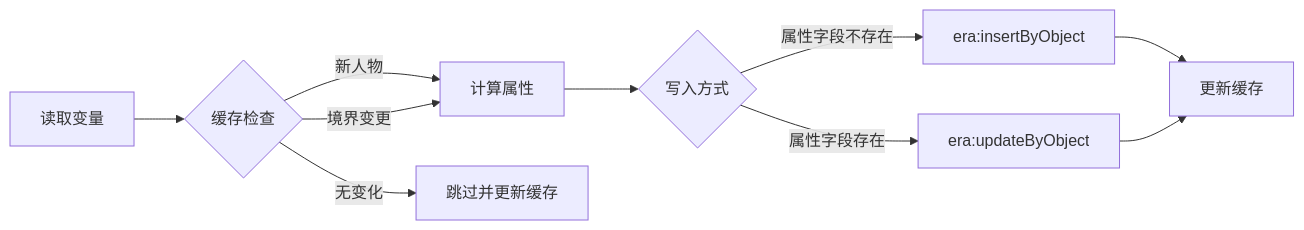
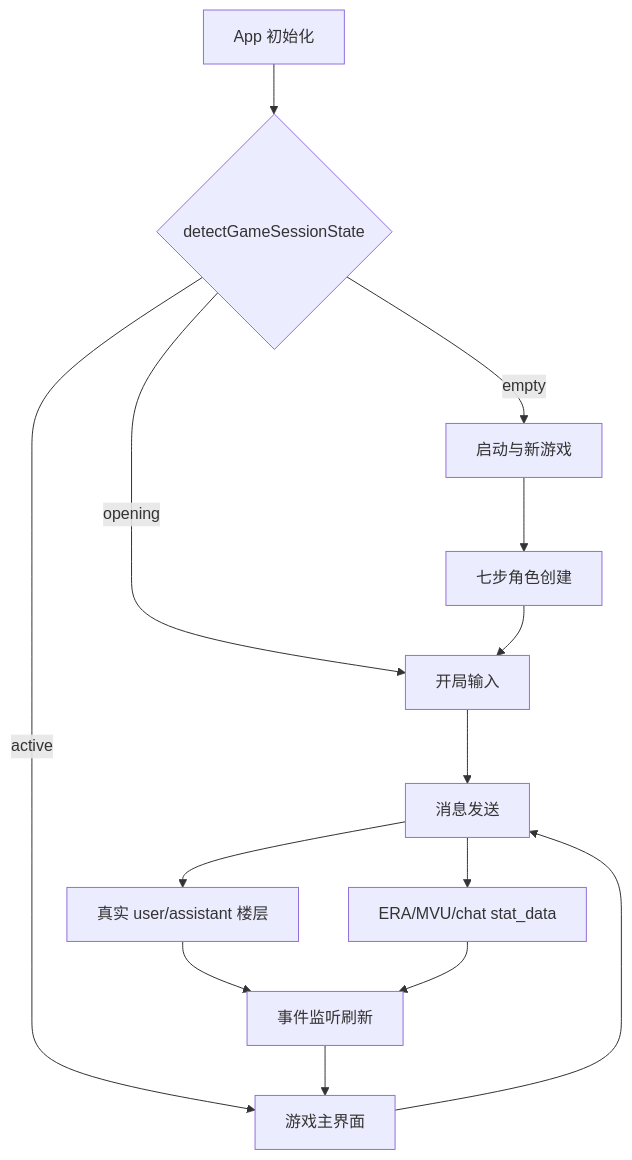
Before and after one commit to jam4435/sillytavern0011: the diagram in src/武侠/架构.md, drawn with Mermaid. The commit also changed other lines of this file, not shown here.

````diff
--- a/src/武侠/架构.md
+++ b/src/武侠/架构.md
@@ -160,12 +21,18 @@
 ```mermaid
-graph LR
-    A[读取变量] --> B{缓存检查}
-    B -- 新人物 --> C[计算属性]
-    B -- 境界变更 --> C
-    B -- 无变化 --> E[跳过并更新缓存]
-    C --> D{写入方式}
-    D -- 属性字段不存在 --> F[era:insertByObject]
-    D -- 属性字段存在 --> G[era:updateByObject]
-    F --> H[更新缓存]
-    G --> H
+graph TD
+    Boot[App 初始化] --> Session{detectGameSessionState}
+    Session -->|empty| Start[启动与新游戏]
+    Session -->|opening| Opening[开局输入]
+    Session -->|active| Game[游戏主界面]
+
+    Start --> Setup[七步角色创建]
+    Setup --> Opening
+    Opening --> Send[消息发送]
+    Game --> Send
+
+    Send --> Messages[真实 user/assistant 楼层]
+    Send --> Variables[ERA/MVU/chat stat_data]
+    Messages --> Refresh[事件监听刷新]
+    Variables --> Refresh
+    Refresh --> Game
 ```
````
